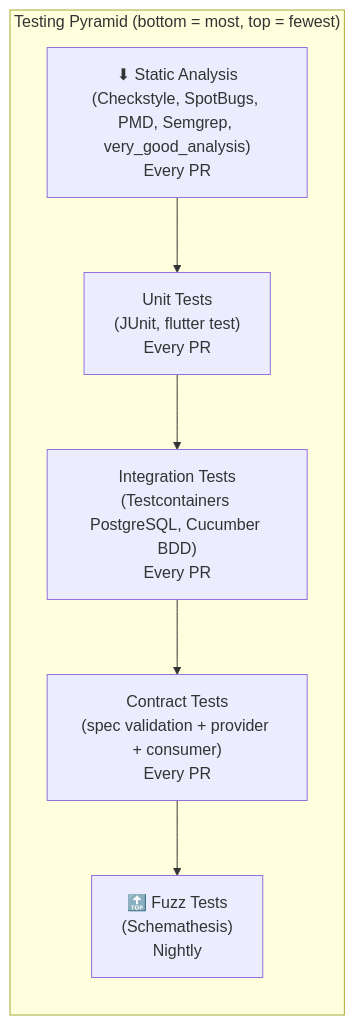
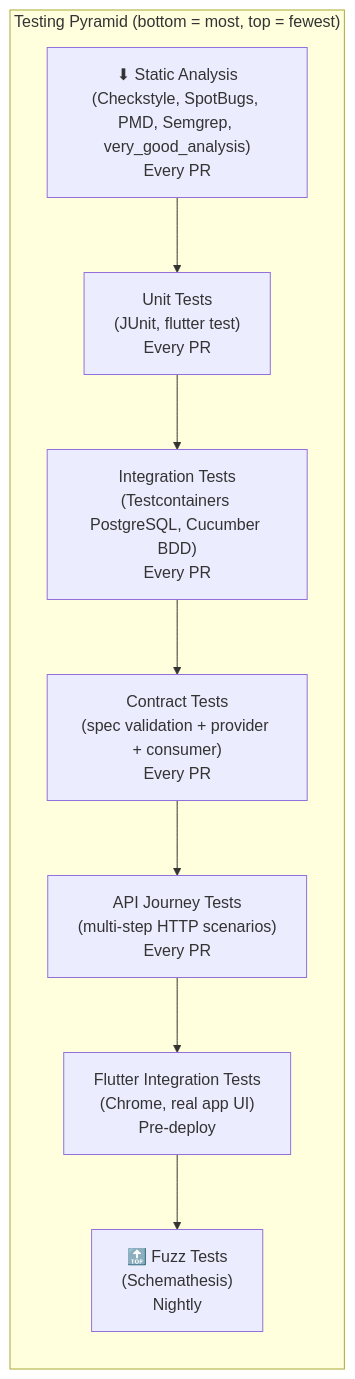
Before and after one commit to AnunnakiCosmoCrew/WordPower-docs: the first of 5 diagrams in docs/testing/TESTING_STRATEGY.md, drawn with Mermaid. The commit also changed other lines of this file, not shown here.

````diff
--- a/docs/testing/TESTING_STRATEGY.md
+++ b/docs/testing/TESTING_STRATEGY.md
@@ -26,13 +27,15 @@
 ```mermaid
 flowchart TB
     subgraph Pyramid["Testing Pyramid (bottom = most, top = fewest)"]
         direction TB
         Fuzz["🔝 Fuzz Tests<br/>(Schemathesis)<br/>Nightly"]
+        E2EUI["Flutter Integration Tests<br/>(Chrome, real app UI)<br/>Pre-deploy"]
+        E2EAPI["API Journey Tests<br/>(multi-step HTTP scenarios)<br/>Every PR"]
         Contract["Contract Tests<br/>(spec validation + provider + consumer)<br/>Every PR"]
         Integration["Integration Tests<br/>(Testcontainers PostgreSQL, Cucumber BDD)<br/>Every PR"]
         Unit["Unit Tests<br/>(JUnit, flutter test)<br/>Every PR"]
         Static["⬇ Static Analysis<br/>(Checkstyle, SpotBugs, PMD, Semgrep, very_good_analysis)<br/>Every PR"]
     end
 
-    Static --> Unit --> Integration --> Contract --> Fuzz
+    Static --> Unit --> Integration --> Contract --> E2EAPI --> E2EUI --> Fuzz
 ```
````
